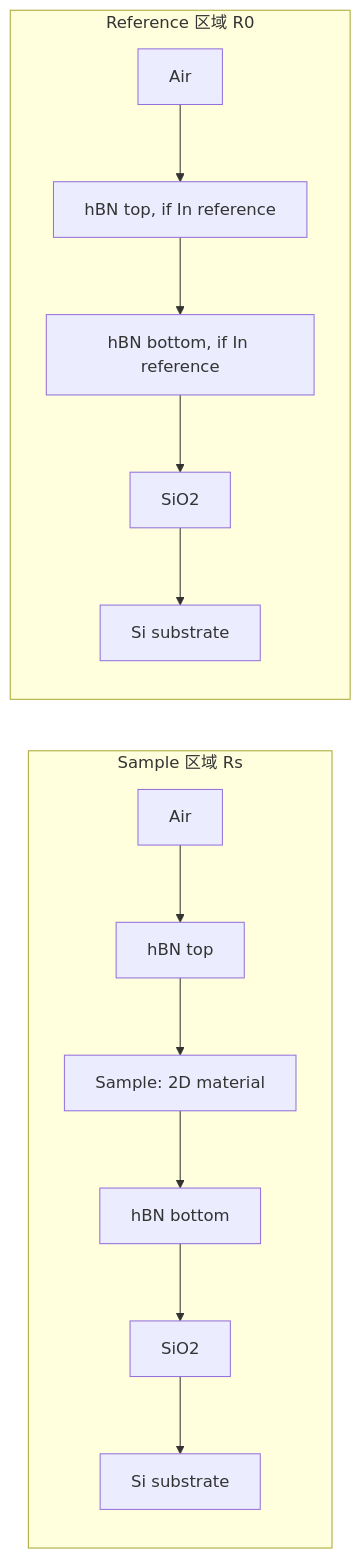
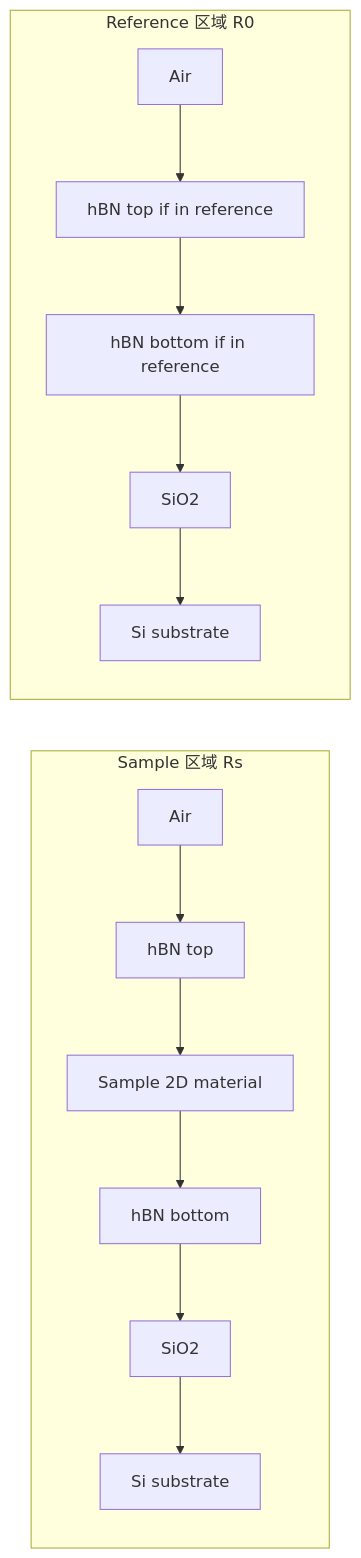
Before and after one commit to joeyijun/2D-Material-Reflectiance-Fitting: the second of 4 diagrams in docs/PHYSICS_AND_FITTING.md, drawn with Mermaid. The commit also changed other lines of this file, not shown here.

````diff
--- a/docs/PHYSICS_AND_FITTING.md
+++ b/docs/PHYSICS_AND_FITTING.md
@@ -110,17 +110,17 @@
 ```mermaid
 flowchart LR
     subgraph Sample_stack["Sample 区域 Rs"]
-        A1[Air] --> B1[hBN top]
-        B1 --> C1[Sample: 2D material]
-        C1 --> D1[hBN bottom]
-        D1 --> E1[SiO2]
-        E1 --> F1[Si substrate]
+        A1["Air"] --> B1["hBN top"]
+        B1 --> C1["Sample 2D material"]
+        C1 --> D1["hBN bottom"]
+        D1 --> E1["SiO2"]
+        E1 --> F1["Si substrate"]
     end
 
     subgraph Reference_stack["Reference 区域 R0"]
-        A2[Air] --> B2[hBN top, if In reference]
-        B2 --> D2[hBN bottom, if In reference]
-        D2 --> E2[SiO2]
-        E2 --> F2[Si substrate]
+        A2["Air"] --> B2["hBN top if in reference"]
+        B2 --> D2["hBN bottom if in reference"]
+        D2 --> E2["SiO2"]
+        E2 --> F2["Si substrate"]
     end
 ```
````
